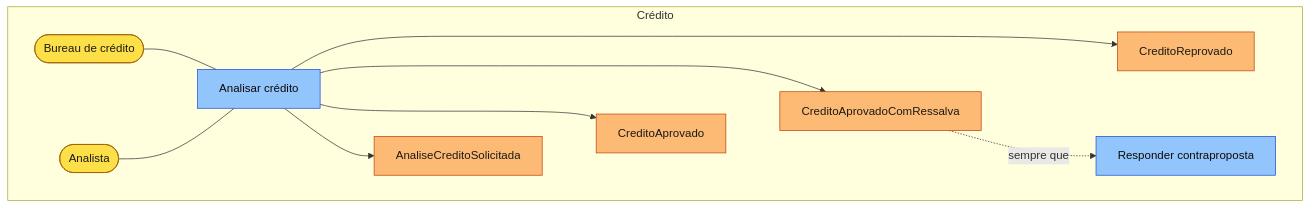
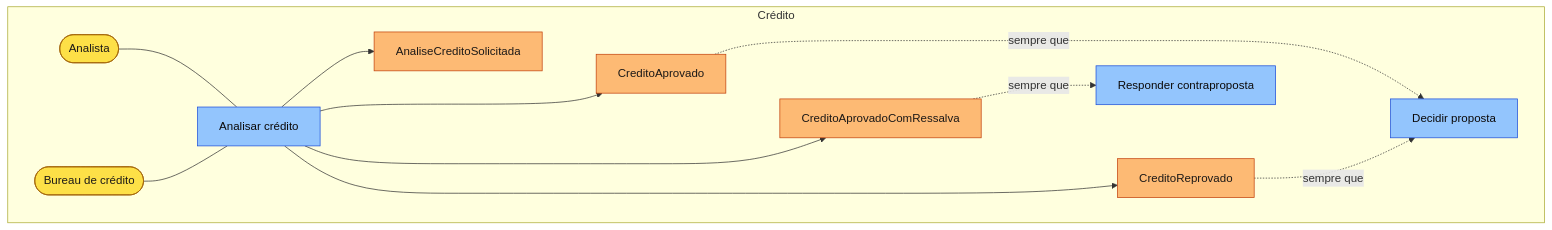
Before and after one commit to lucasqss/sistema-financiamento: the sixth of 12 diagrams in docs/dominio/especificacao.md, drawn with Mermaid. The commit also changed other lines of this file and 3 other files, not shown here.

````diff
--- a/docs/dominio/especificacao.md
+++ b/docs/dominio/especificacao.md
@@ -1270,29 +1366,32 @@
 ```mermaid
 flowchart LR
     subgraph DOM_0002_es["Crédito"]
         direction LR
         EVT_0012["AnaliseCreditoSolicitada"]:::evento
-        UC_0008["Analisar crédito"]:::comando
+        UC_0011["Analisar crédito"]:::comando
         ATR_0005(["Analista"]):::ator
         ATR_0008(["Bureau de crédito"]):::ator
         EVT_0013["CreditoAprovado"]:::evento
+        UC_0006["Decidir proposta"]:::comando
         EVT_0014["CreditoAprovadoComRessalva"]:::evento
-        UC_0006["Responder contraproposta"]:::comando
+        UC_0009["Responder contraproposta"]:::comando
         EVT_0015["CreditoReprovado"]:::evento
     end
-    UC_0008 --> EVT_0012
-    ATR_0005 --- UC_0008
-    ATR_0008 --- UC_0008
+    UC_0011 --> EVT_0012
+    ATR_0005 --- UC_0011
+    ATR_0008 --- UC_0011
     EVT_0012 ~~~ EVT_0013
-    UC_0008 --> EVT_0013
+    UC_0011 --> EVT_0013
     EVT_0013 ~~~ EVT_0014
-    UC_0008 --> EVT_0014
+    UC_0011 --> EVT_0014
     EVT_0014 ~~~ EVT_0015
-    UC_0008 --> EVT_0015
-    EVT_0014 -.->|sempre que| UC_0006
+    UC_0011 --> EVT_0015
+    EVT_0013 -.->|sempre que| UC_0006
+    EVT_0014 -.->|sempre que| UC_0009
+    EVT_0015 -.->|sempre que| UC_0006
     classDef evento fill:#fdba74,stroke:#c2410c,color:#1c1917
     classDef comando fill:#93c5fd,stroke:#1d4ed8,color:#0c0a09
     classDef ator fill:#fde047,stroke:#a16207,color:#1c1917
     classDef agregado fill:#fef3c7,stroke:#b45309,color:#1c1917
     classDef semOrigem stroke-dasharray:5 4,stroke-width:2px
 ```
````
